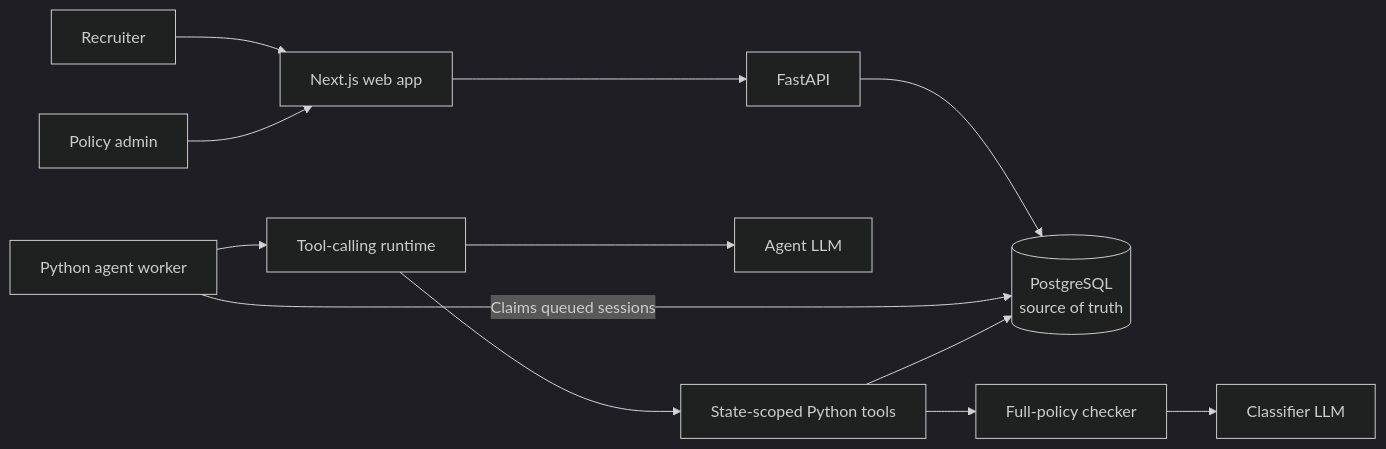
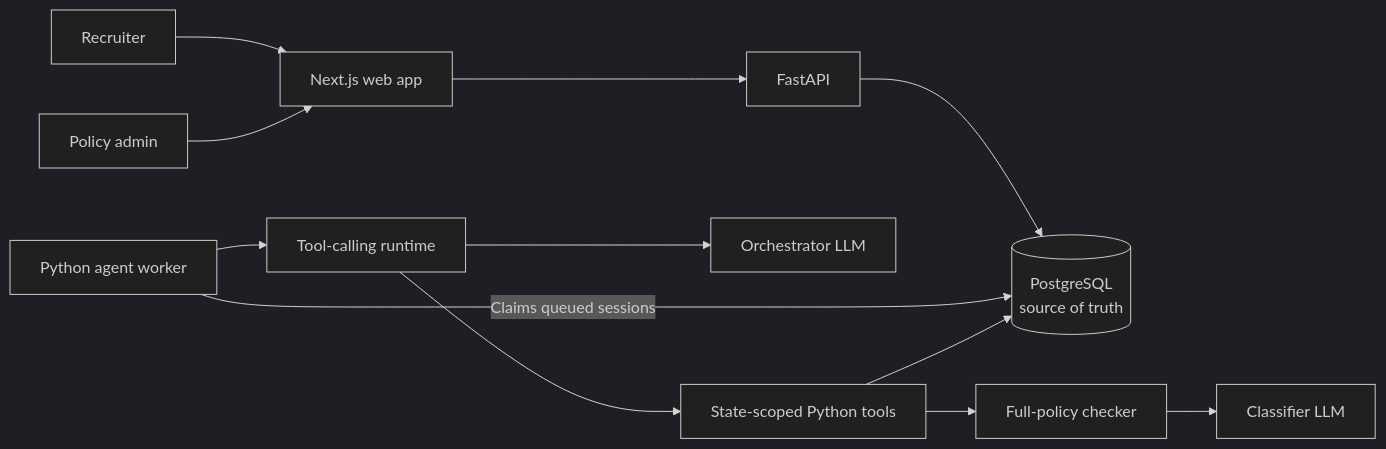
The first of 2 diagrams in README.md (Ee-Hsin/policyKit), drawn with Mermaid (dark theme) before and after one commit. The commit also changed other lines of this file, not shown here.

````diff
--- a/README.md
+++ b/README.md
@@ -24,14 +24,14 @@
 ```mermaid
 flowchart LR
     recruiter["Recruiter"] --> web["Next.js web app"]
     admin["Policy admin"] --> web
     web --> api["FastAPI"]
     api --> db[("PostgreSQL\nsource of truth")]
     worker["Python agent worker"] -->|Claims queued sessions| db
     worker --> agent["Tool-calling runtime"]
-    agent --> orchestrator["Agent LLM"]
+    agent --> orchestrator["Orchestrator LLM"]
     agent --> tools["State-scoped Python tools"]
     tools --> checker["Full-policy checker"]
     checker --> classifier["Classifier LLM"]
     tools --> db
 ```
````
